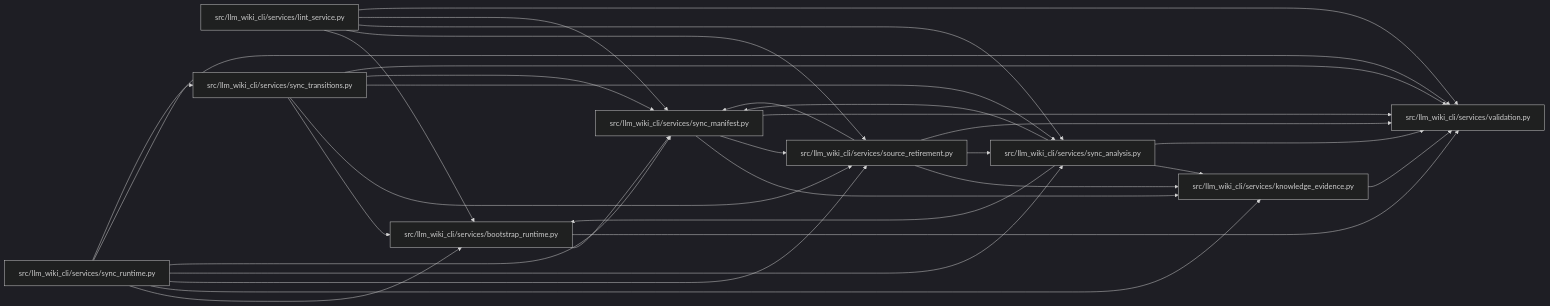
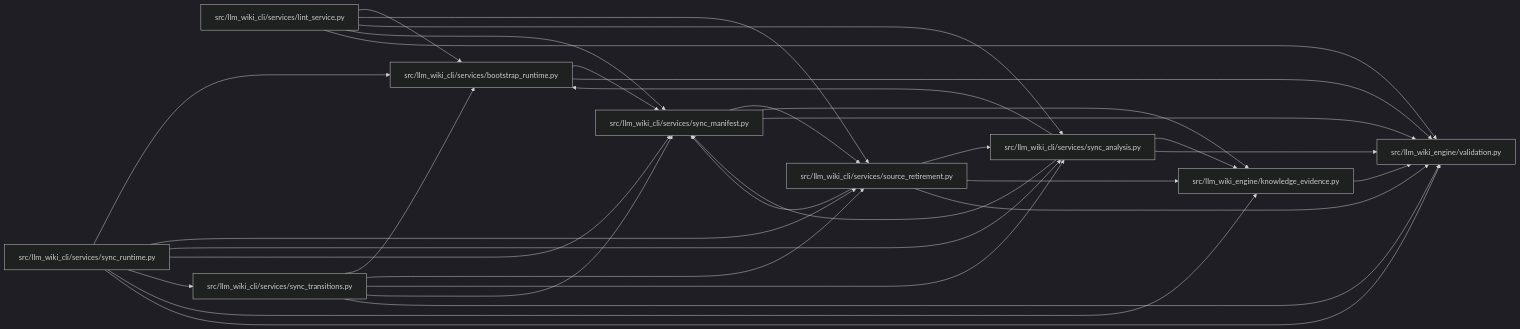
Before and after one commit to Denissvgn/python-wiki-llm: the diagram in docs/llm_wiki/modules/sync_analysis.md, drawn with Mermaid (dark theme). The commit also changed other lines of this file and 1103 other files, not shown here.

First line of the commit message:
docs: refresh the wiki for the llm-wiki-engine distribution

````diff
--- a/docs/llm_wiki/modules/sync_analysis.md
+++ b/docs/llm_wiki/modules/sync_analysis.md
@@ -26,52 +26,52 @@
 ```mermaid
 flowchart LR
     n0["src/llm_wiki_cli/services/bootstrap_runtime.py"]
-    n1["src/llm_wiki_cli/services/knowledge_evidence.py"]
-    n2["src/llm_wiki_cli/services/lint_service.py"]
-    n3["src/llm_wiki_cli/services/source_retirement.py"]
-    n4["src/llm_wiki_cli/services/sync_analysis.py"]
-    n5["src/llm_wiki_cli/services/sync_manifest.py"]
-    n6["src/llm_wiki_cli/services/sync_runtime.py"]
-    n7["src/llm_wiki_cli/services/sync_transitions.py"]
-    n8["src/llm_wiki_cli/services/validation.py"]
-    n0 --> n5
+    n1["src/llm_wiki_cli/services/lint_service.py"]
+    n2["src/llm_wiki_cli/services/source_retirement.py"]
+    n3["src/llm_wiki_cli/services/sync_analysis.py"]
+    n4["src/llm_wiki_cli/services/sync_manifest.py"]
+    n5["src/llm_wiki_cli/services/sync_runtime.py"]
+    n6["src/llm_wiki_cli/services/sync_transitions.py"]
+    n7["src/llm_wiki_engine/knowledge_evidence.py"]
+    n8["src/llm_wiki_engine/validation.py"]
+    n0 --> n4
     n0 --> n8
+    n1 --> n0
+    n1 --> n2
+    n1 --> n3
+    n1 --> n4
     n1 --> n8
-    n2 --> n0
     n2 --> n3
     n2 --> n4
-    n2 --> n5
+    n2 --> n7
     n2 --> n8
-    n3 --> n1
+    n3 --> n0
     n3 --> n4
-    n3 --> n5
+    n3 --> n7
     n3 --> n8
-    n4 --> n0
-    n4 --> n1
-    n4 --> n5
+    n4 --> n2
+    n4 --> n7
     n4 --> n8
-    n5 --> n1
+    n5 --> n0
+    n5 --> n2
     n5 --> n3
+    n5 --> n4
+    n5 --> n6
+    n5 --> n7
     n5 --> n8
     n6 --> n0
-    n6 --> n1
+    n6 --> n2
     n6 --> n3
     n6 --> n4
-    n6 --> n5
-    n6 --> n7
     n6 --> n8
-    n7 --> n0
-    n7 --> n3
-    n7 --> n4
-    n7 --> n5
     n7 --> n8
     click n0 "../modules/bootstrap_runtime.md"
-    click n1 "../modules/knowledge_evidence.md"
-    click n2 "../modules/lint_service.md"
-    click n3 "../modules/source_retirement.md"
-    click n4 "../modules/sync_analysis.md"
-    click n5 "../modules/sync_manifest.md"
-    click n6 "../modules/sync_runtime.md"
-    click n7 "../modules/sync_transitions.md"
+    click n1 "../modules/lint_service.md"
+    click n2 "../modules/source_retirement.md"
+    click n3 "../modules/sync_analysis.md"
+    click n4 "../modules/sync_manifest.md"
+    click n5 "../modules/sync_runtime.md"
+    click n6 "../modules/sync_transitions.md"
+    click n7 "../modules/knowledge_evidence.md"
     click n8 "../modules/validation.md"
 ```
````
